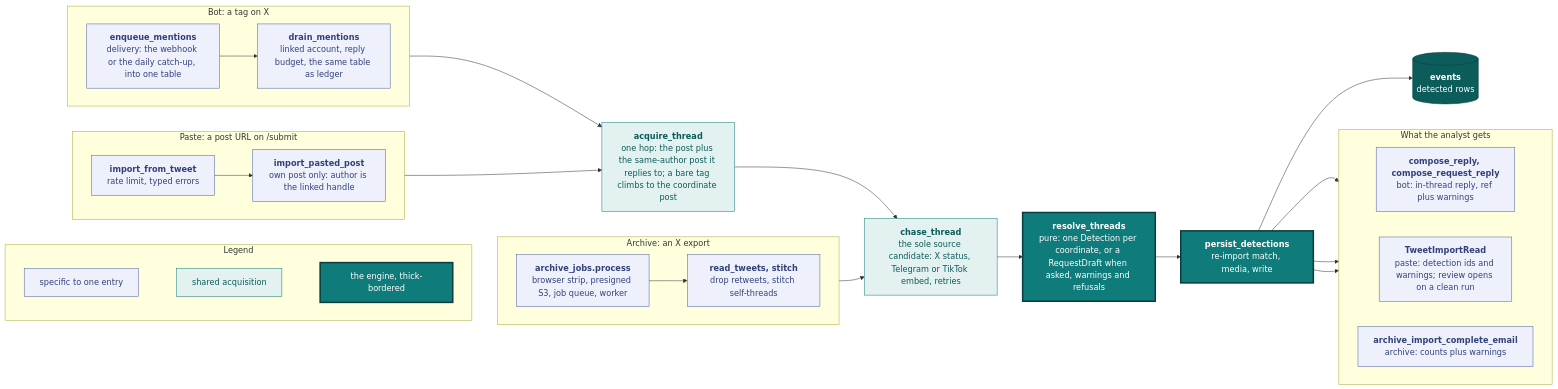
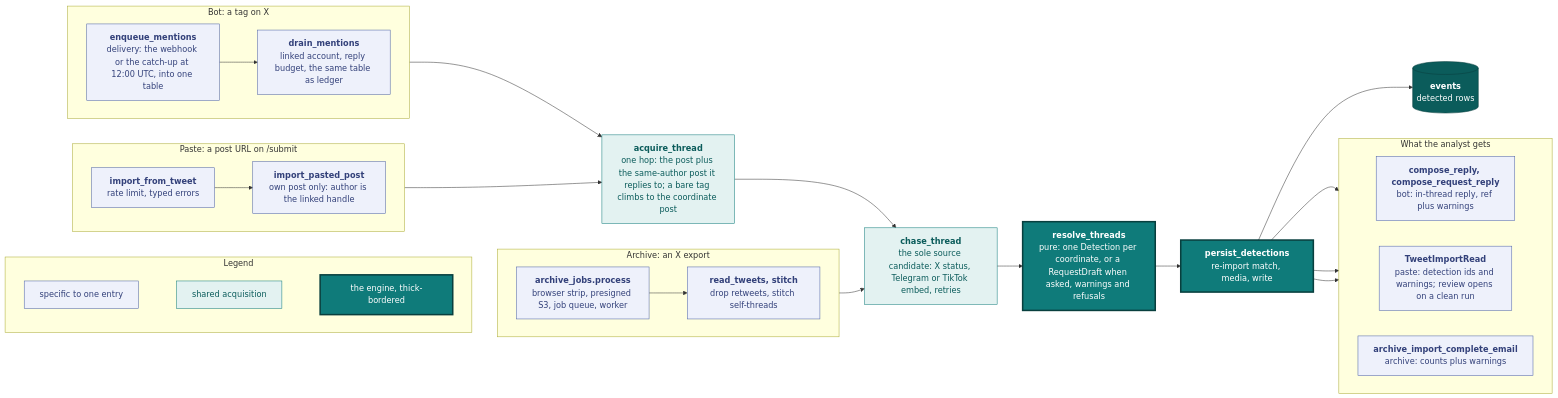
The first of 6 diagrams in docs/ingestion.md (vidithq/vidit), drawn with Mermaid before and after one commit. The commit also changed other lines of this file and 10 other files, not shown here.

First line of the commit message:
fix(bot): run the mentions catch-up at 12:00 UTC

````diff
--- a/docs/ingestion.md
+++ b/docs/ingestion.md
@@ -5,63 +5,63 @@
 ```mermaid
 flowchart LR
   classDef spec fill:#eef1fb,stroke:#4a5fa5,color:#33417a
   classDef shared fill:#e3f2f1,stroke:#0f7b7a,color:#0b5c5b
   classDef core fill:#0f7b7a,stroke:#083f3e,stroke-width:3px,color:#ffffff
   classDef store fill:#0b5c5b,stroke:#083f3e,color:#ffffff
 
   subgraph legend [Legend]
     direction LR
     l1["`specific to one entry`"]:::spec
     l2["`shared acquisition`"]:::shared
     l3["`the engine, thick-bordered`"]:::core
     l1 ~~~ l2 ~~~ l3
   end
 
   subgraph paste [Paste: a post URL on /submit]
     direction LR
     p1["`**import_from_tweet**
     rate limit, typed errors`"]:::spec --> p2["`**import_pasted_post**
     own post only: author is the linked handle`"]:::spec
   end
   subgraph bot [Bot: a tag on X]
     direction LR
     b1["`**enqueue_mentions**
-    delivery: the webhook or the daily catch-up, into one table`"]:::spec --> b2["`**drain_mentions**
+    delivery: the webhook or the catch-up at 12:00 UTC, into one table`"]:::spec --> b2["`**drain_mentions**
     linked account, reply budget, the same table as ledger`"]:::spec
   end
   subgraph archive [Archive: an X export]
     direction LR
     a1["`**archive_jobs.process**
     browser strip, presigned S3, job queue, worker`"]:::spec --> a2["`**read_tweets, stitch**
     drop retweets, stitch self-threads`"]:::spec
   end
 
   hop["`**acquire_thread**
   one hop: the post plus the same-author post it replies to; a bare tag climbs to the coordinate post`"]:::shared
   chase["`**chase_thread**
   the sole source candidate: X status, Telegram or TikTok embed, retries`"]:::shared
   resolve["`**resolve_threads**
   pure: one Detection per coordinate, or a RequestDraft when asked, warnings and refusals`"]:::core
   persist["`**persist_detections**
   re-import match, media, write`"]:::core
   rows[("`**events**
   detected rows`")]:::store
 
   subgraph feedback [What the analyst gets]
     direction LR
     f1["`**compose_reply, compose_request_reply**
     bot: in-thread reply, ref plus warnings`"]:::spec
     f2["`**TweetImportRead**
     paste: detection ids and warnings; review opens on a clean run`"]:::spec
     f3["`**archive_import_complete_email**
     archive: counts plus warnings`"]:::spec
   end
 
   p2 --> hop
   b2 --> hop
   a2 --> chase
   hop --> chase --> resolve --> persist --> rows
   persist --> f1
   persist --> f2
   persist --> f3
 ```
````
